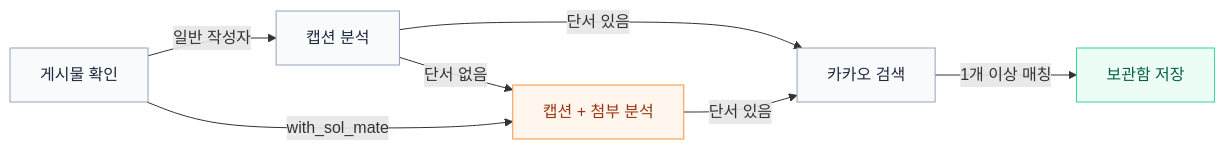
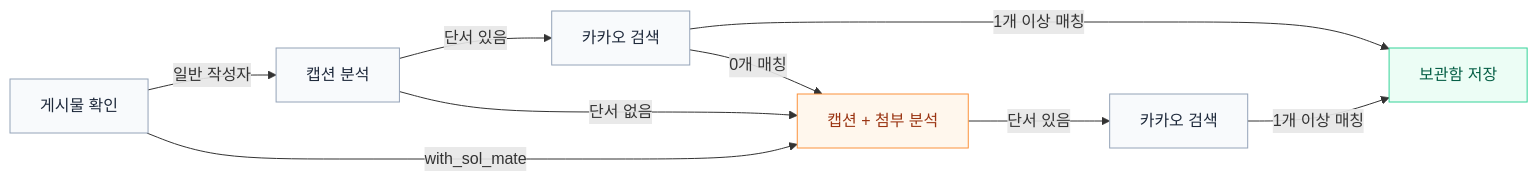
The second of 2 diagrams in Backend/docs/media-extraction-pipeline.md (woowacourse-teams/2026-Yeogidam), drawn with Mermaid before and after one commit. The commit also changed other lines of this file, not shown here.

Commit message:
docs: 장소 분석 파이프라인 문서에 카카오 0건 첨부 분석, 반경 검색, 예비 key 전환을 반영한다

````diff
--- a/Backend/docs/media-extraction-pipeline.md
+++ b/Backend/docs/media-extraction-pipeline.md
@@ -80,16 +79,19 @@
 ```mermaid
 flowchart LR
     A["게시물 확인"] -->|일반 작성자| B["캡션 분석"]
     B -->|단서 있음| D["카카오 검색"]
     D -->|1개 이상 매칭| E["보관함 저장"]
 
     A -->|with_sol_mate| C["캡션 + 첨부 분석"]
     B -->|단서 없음| C
-    C -->|단서 있음| D
+    D -->|0개 매칭| C
+    C -->|단서 있음| F["카카오 검색"]
+    F -->|1개 이상 매칭| E
 
     style A fill:#f8fafc,stroke:#94a3b8,color:#1e293b
     style B fill:#f8fafc,stroke:#94a3b8,color:#1e293b
     style C fill:#fff7ed,stroke:#fb923c,color:#9a3412
     style D fill:#f8fafc,stroke:#94a3b8,color:#1e293b
     style E fill:#ecfdf5,stroke:#34d399,color:#065f46
+    style F fill:#f8fafc,stroke:#94a3b8,color:#1e293b
 ```
````
